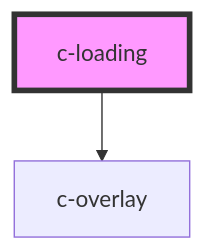
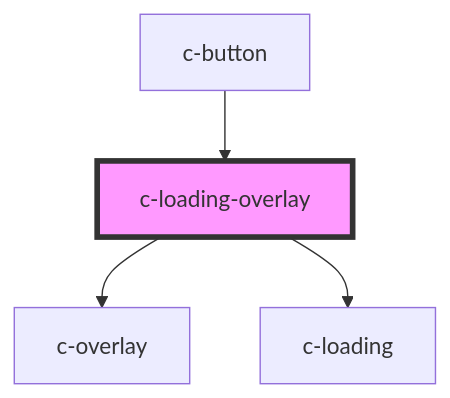
The diagram in src/scripts/components/loading/readme.md (kickstand-ui/kickstand-ui), drawn with Mermaid before and after one commit. The commit also changed other lines of this file and 7 other files, not shown here.

Commit message:
created c-loading-overlay component

````diff
--- a/src/scripts/components/loading/readme.md
+++ b/src/scripts/components/loading/readme.md
@@ -46,5 +53,7 @@
 ```mermaid
 graph TD;
-  c-loading --> c-overlay
-  style c-loading fill:#f9f,stroke:#333,stroke-width:4px
+  c-loading-overlay --> c-overlay
+  c-loading-overlay --> c-loading
+  c-button --> c-loading-overlay
+  style c-loading-overlay fill:#f9f,stroke:#333,stroke-width:4px
 ```
````
